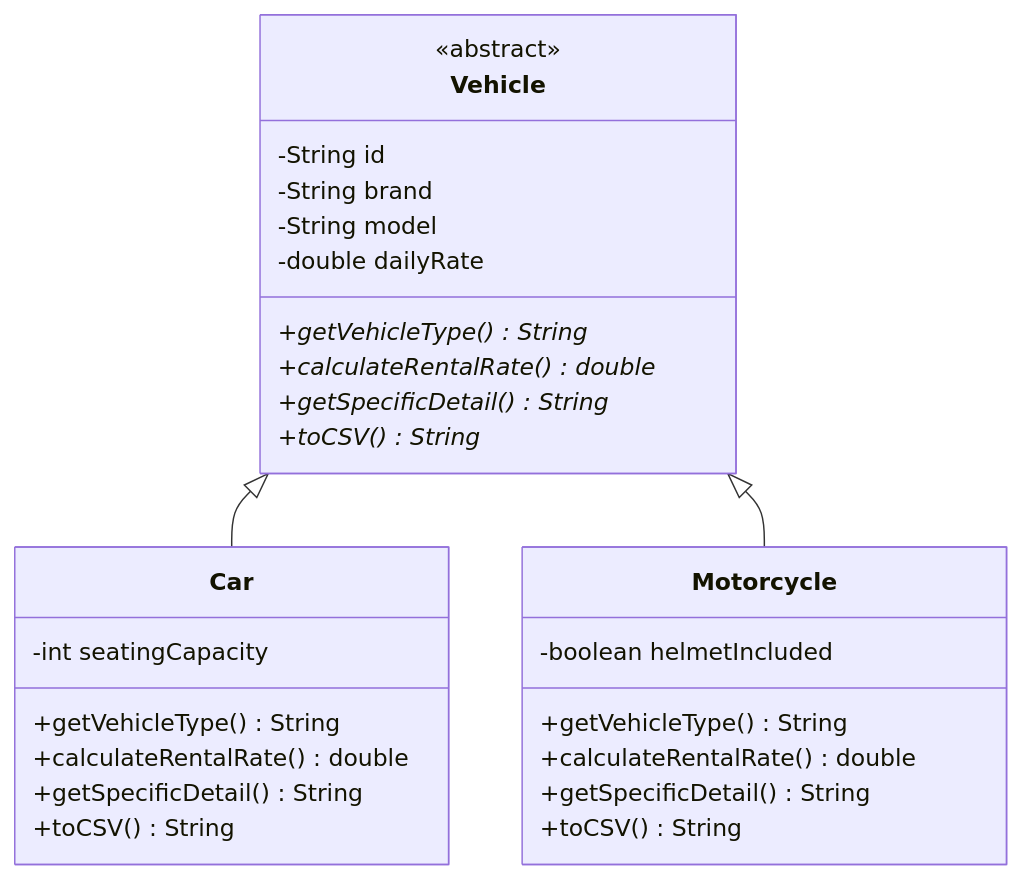
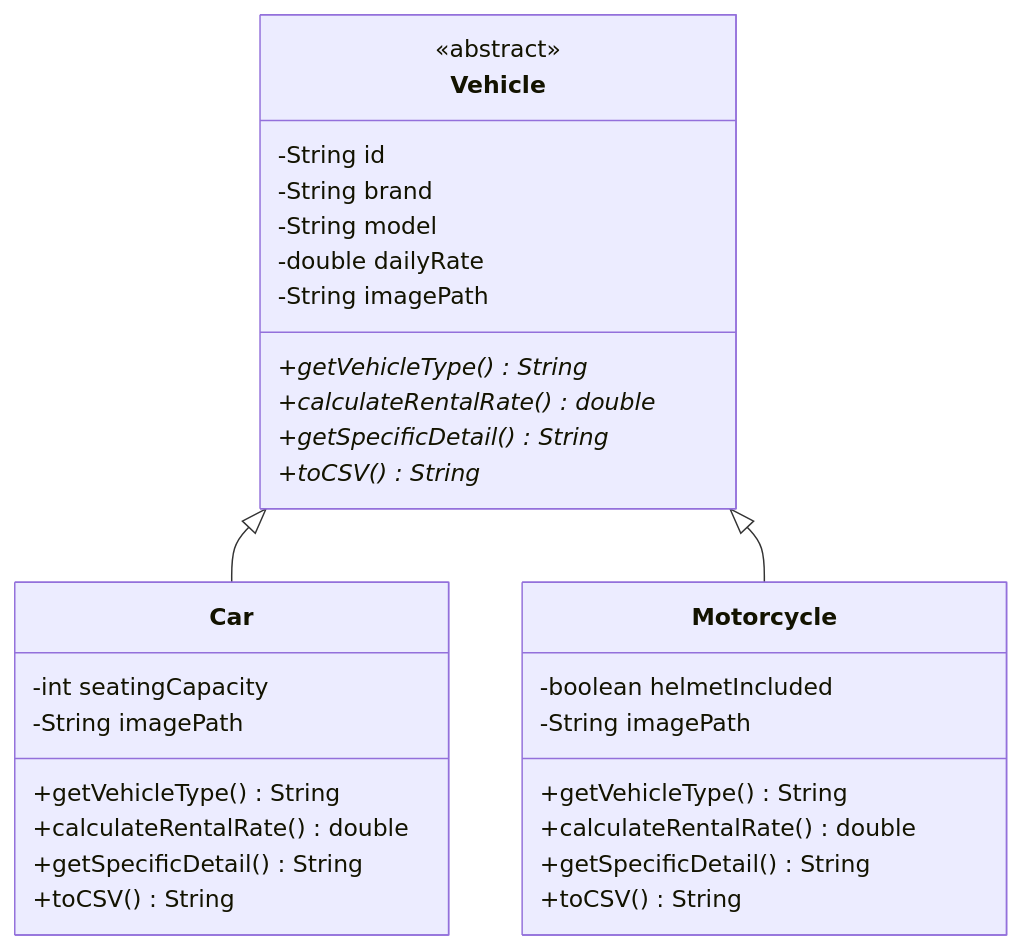
The diagram in reports/3_VEHICLE_FLEET_INVENTORY.md (Sankalpa-KMCP/SE1020-Vehicle-Rental-System-new), drawn with Mermaid before and after one commit. The commit also changed other lines of this file and 11 other files, not shown here.

Commit message:
Update user management documentation to clarify service implementations and remove auto-seeding references; enhance vehicle inventory descriptions with image path details.

````diff
--- a/reports/3_VEHICLE_FLEET_INVENTORY.md
+++ b/reports/3_VEHICLE_FLEET_INVENTORY.md
@@ -77,30 +78,33 @@
 ```mermaid
 classDiagram
     class Vehicle {
         <<abstract>>
         -String id
         -String brand
         -String model
         -double dailyRate
+        -String imagePath
         +getVehicleType()* String
         +calculateRentalRate()* double
         +getSpecificDetail()* String
         +toCSV()* String
     }
     class Car {
         -int seatingCapacity
+        -String imagePath
         +getVehicleType() String
         +calculateRentalRate() double
         +getSpecificDetail() String
         +toCSV() String
     }
     class Motorcycle {
         -boolean helmetIncluded
+        -String imagePath
         +getVehicleType() String
         +calculateRentalRate() double
         +getSpecificDetail() String
         +toCSV() String
     }
     Vehicle <|-- Car
     Vehicle <|-- Motorcycle
 ```
````
